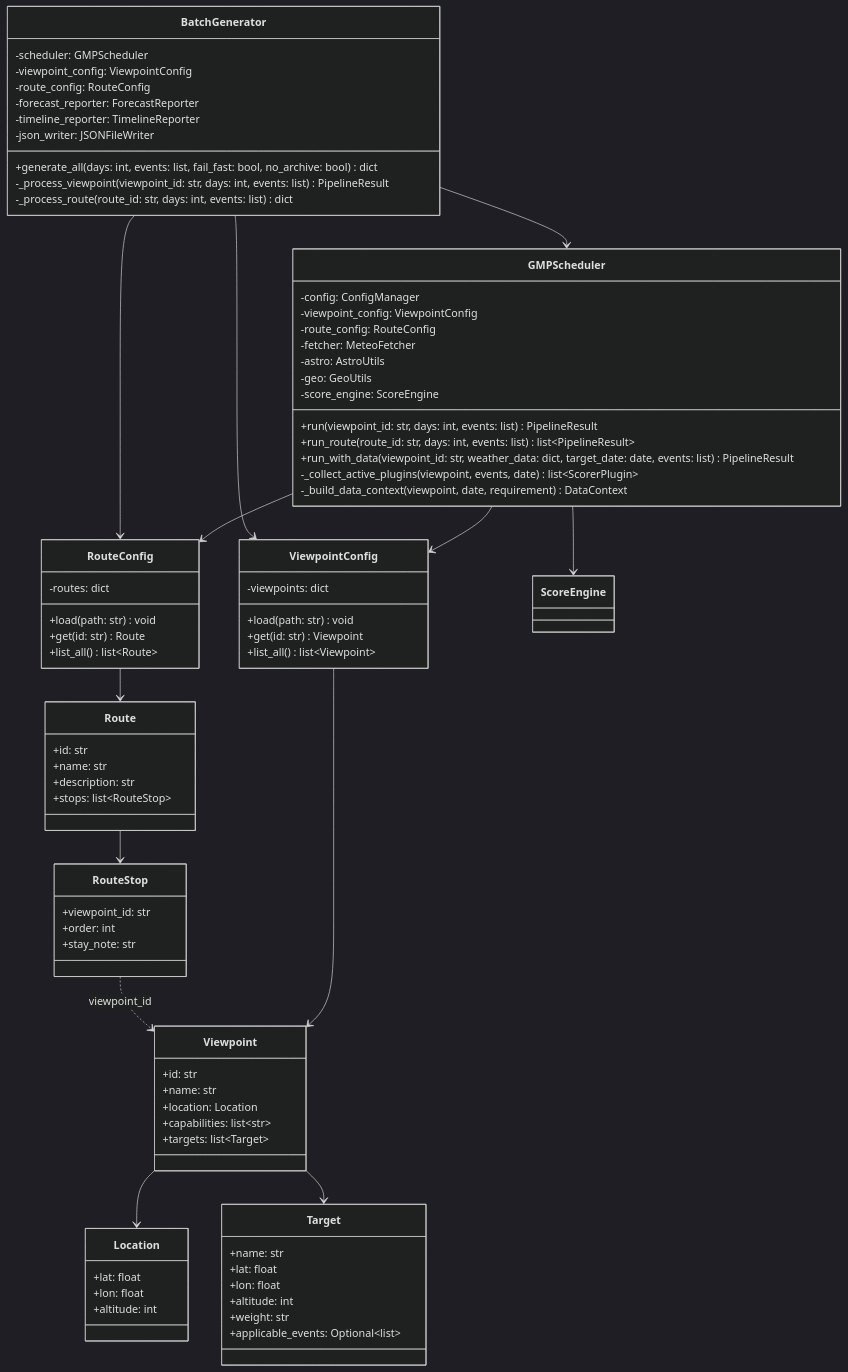
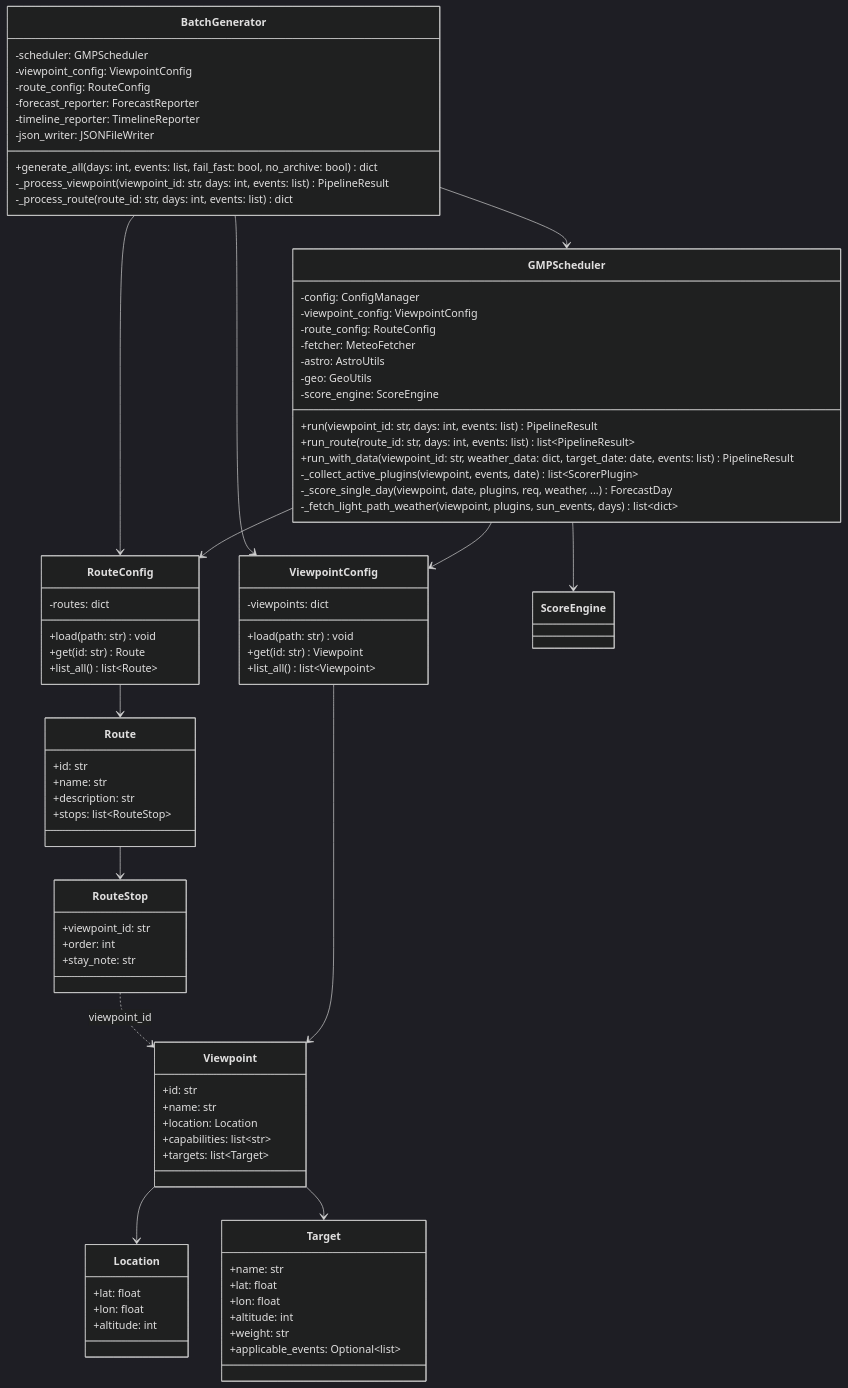
One commit to mpb159753/golden-moment-predictor changed the first of 12 diagrams in design/06-class-sequence.md. Above: the diagram before and after it, drawn with Mermaid (dark theme). The commit also changed 8 other files, not shown here.

```diff
--- a/design/06-class-sequence.md
+++ b/design/06-class-sequence.md
@@ -16,7 +16,8 @@
         +run_route(route_id: str, days: int, events: list) list~PipelineResult~
         +run_with_data(viewpoint_id: str, weather_data: dict, target_date: date, events: list) PipelineResult
         -_collect_active_plugins(viewpoint, events, date) list~ScorerPlugin~
-        -_build_data_context(viewpoint, date, requirement) DataContext
+        -_score_single_day(viewpoint, date, plugins, req, weather, ...) ForecastDay
+        -_fetch_light_path_weather(viewpoint, plugins, sun_events, days) list~dict~
     }
 
     class BatchGenerator {
```
